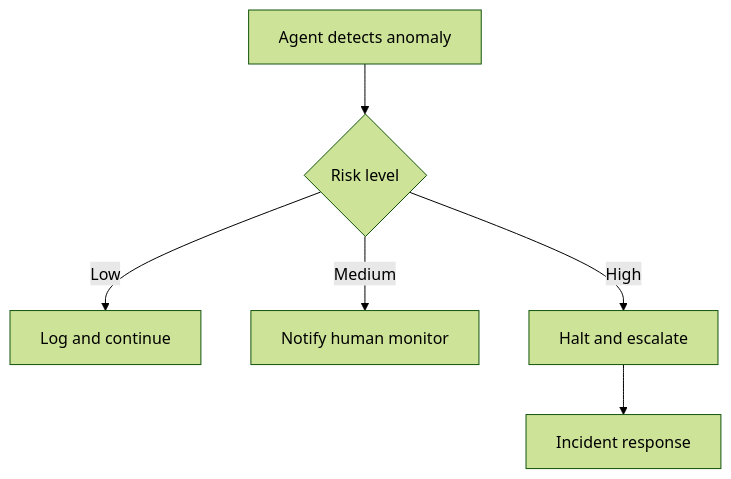
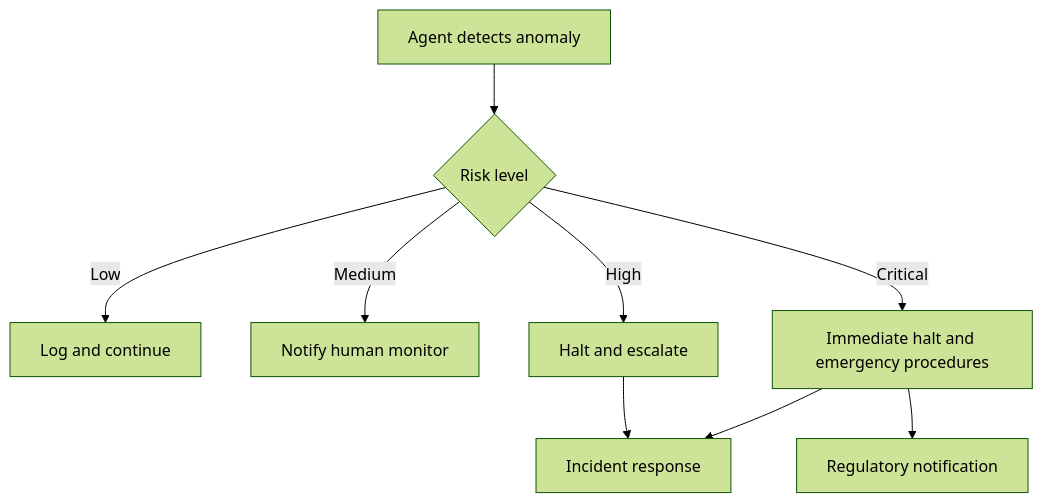
One commit to tractorjuice/arc-kit changed the diagram in .arckit/templates/agent-governance-template.md. Above: the diagram before and after it, drawn with Mermaid (forest theme). The commit also changed 36 other files, not shown here.

First line of the commit message:
fix(arckit-agent-architecture): order governance, security, integration; Critical escalation; real maturity sources (#982)

````diff
--- a/.arckit/templates/agent-governance-template.md
+++ b/.arckit/templates/agent-governance-template.md
@@ -57,8 +57,11 @@
 ```mermaid
 flowchart TD
     A[Agent detects anomaly] --> B{Risk level}
     B -->|Low| C[Log and continue]
     B -->|Medium| D[Notify human monitor]
     B -->|High| E[Halt and escalate]
+    B -->|Critical| G[Immediate halt and emergency procedures]
     E --> F[Incident response]
+    G --> F
+    G --> H[Regulatory notification]
 ```
````
